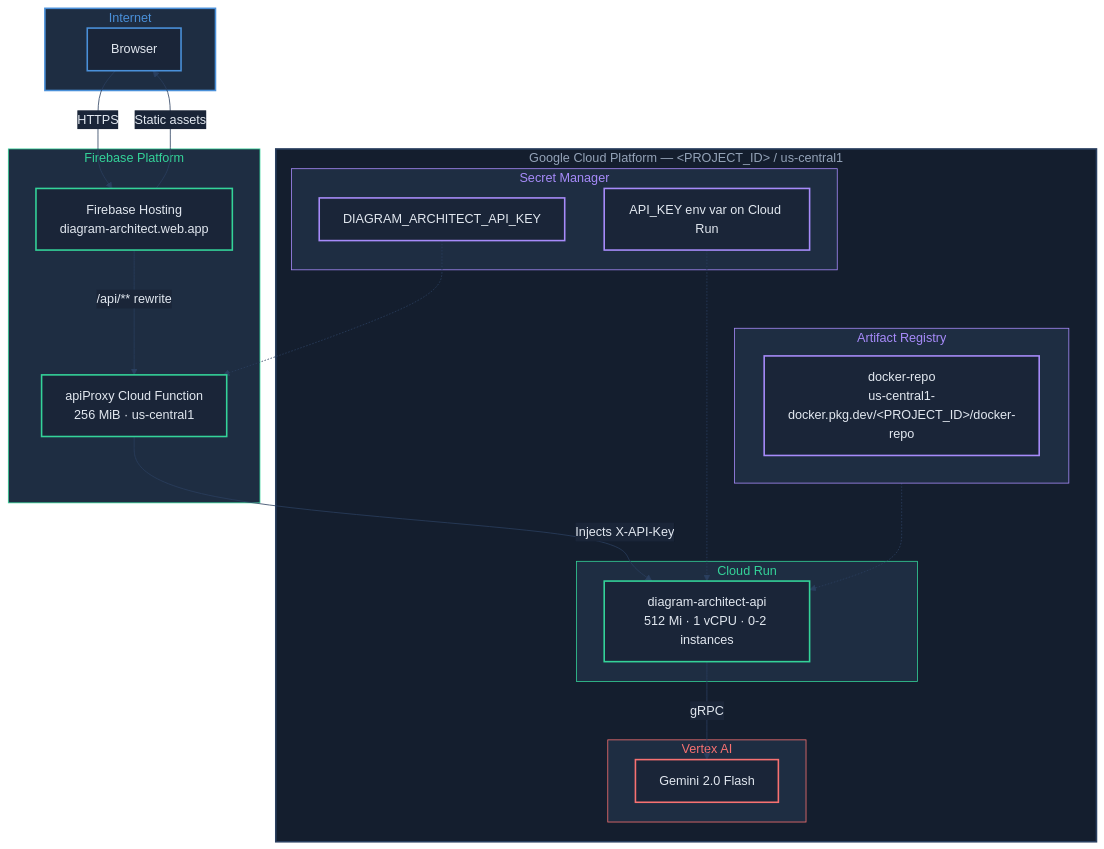
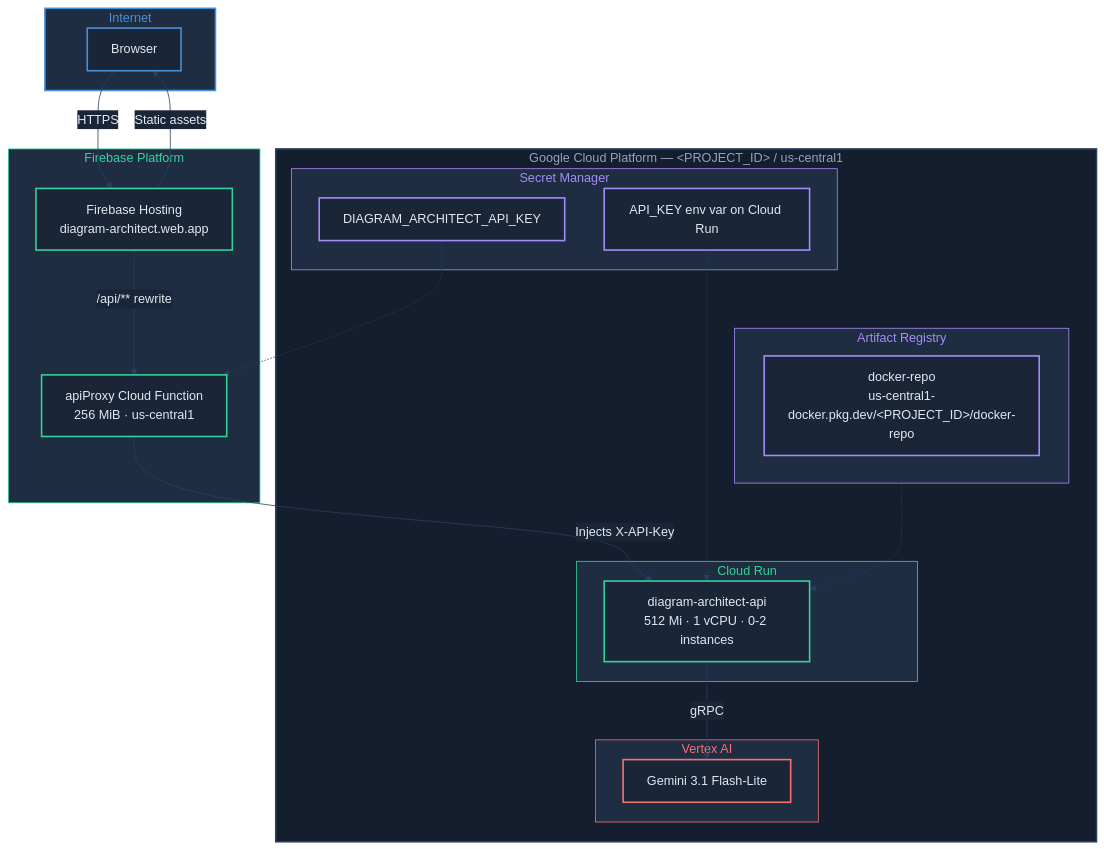
The diagram in docs/production-deployment.md (jking-ai/diagram-as-code-architect), drawn with Mermaid before and after one commit. The commit also changed other lines of this file and 12 other files, not shown here.

First line of the commit message:
Upgrade Gemini chat model to 3.1 Flash-Lite preview

````diff
--- a/docs/production-deployment.md
+++ b/docs/production-deployment.md
@@ -9,71 +9,71 @@
 ```mermaid
 %%{init: {'theme': 'base', 'themeVariables': {
   'darkMode': true,
   'background': '#0f1724',
   'primaryColor': '#1a2538',
   'primaryTextColor': '#e2e8f0',
   'primaryBorderColor': '#2a3f5f',
   'lineColor': '#4a90d9',
   'secondaryColor': '#1e2d42',
   'tertiaryColor': '#1e2d42',
   'edgeLabelBackground': '#1a2538',
   'clusterBkg': '#1e2d42',
   'clusterBorder': '#2a3f5f',
   'nodeTextColor': '#e2e8f0',
   'titleColor': '#94a3b8'
 }}}%%
 flowchart TB
     subgraph Internet
         Client[Browser]:::blue
     end
 
     subgraph Firebase["Firebase Platform"]
         FH[Firebase Hosting<br/>diagram-architect.web.app]:::green
         CF[apiProxy Cloud Function<br/>256 MiB · us-central1]:::green
     end
 
     subgraph GCP["Google Cloud Platform — &lt;PROJECT_ID&gt; / us-central1"]
         subgraph CloudRun["Cloud Run"]
             CR[diagram-architect-api<br/>512 Mi · 1 vCPU · 0-2 instances]:::green
         end
 
         subgraph AR["Artifact Registry"]
             Repo[docker-repo<br/>us-central1-docker.pkg.dev/&lt;PROJECT_ID&gt;/docker-repo]:::purple
         end
 
         subgraph SM["Secret Manager"]
             S1[DIAGRAM_ARCHITECT_API_KEY]:::purple
             S2[API_KEY env var on Cloud Run]:::purple
         end
 
         subgraph VertexAI["Vertex AI"]
-            Chat[Gemini 2.0 Flash]:::red
+            Chat[Gemini 3.1 Flash-Lite]:::red
         end
     end
 
     Client -- "HTTPS" --> FH
     FH -- "Static assets" --> Client
     FH -- "/api/** rewrite" --> CF
     CF -- "Injects X-API-Key" --> CR
     S1 -.-> CF
     S2 -.-> CR
     CR -- "gRPC" --> Chat
     AR -.-> CR
 
     style Internet fill:#1e2d42, stroke:#4a90d9, stroke-width:2px, color:#4a90d9
     style Firebase fill:#1e2d42, stroke:#34d399, stroke-width:1px, color:#34d399
     style GCP fill:#141e2e, stroke:#2a3f5f, stroke-width:2px, color:#94a3b8
     style CloudRun fill:#1e2d42, stroke:#34d399, stroke-width:1px, color:#34d399
     style AR fill:#1e2d42, stroke:#a78bfa, stroke-width:1px, color:#a78bfa
     style SM fill:#1e2d42, stroke:#a78bfa, stroke-width:1px, color:#a78bfa
     style VertexAI fill:#1e2d42, stroke:#f87171, stroke-width:1px, color:#f87171
 
     classDef blue   fill:#1a2538, stroke:#4a90d9, stroke-width:2px, color:#e2e8f0;
     classDef green  fill:#1a2538, stroke:#34d399, stroke-width:2px, color:#e2e8f0;
     classDef amber  fill:#1a2538, stroke:#f59e0b, stroke-width:2px, color:#e2e8f0;
     classDef red    fill:#1a2538, stroke:#f87171, stroke-width:2px, color:#e2e8f0;
     classDef purple fill:#1a2538, stroke:#a78bfa, stroke-width:2px, color:#e2e8f0;
     classDef slate  fill:#1a2538, stroke:#94a3b8, stroke-width:2px, color:#e2e8f0;
 
     linkStyle default stroke:#2a3f5f, stroke-width:1px
 ```
````
